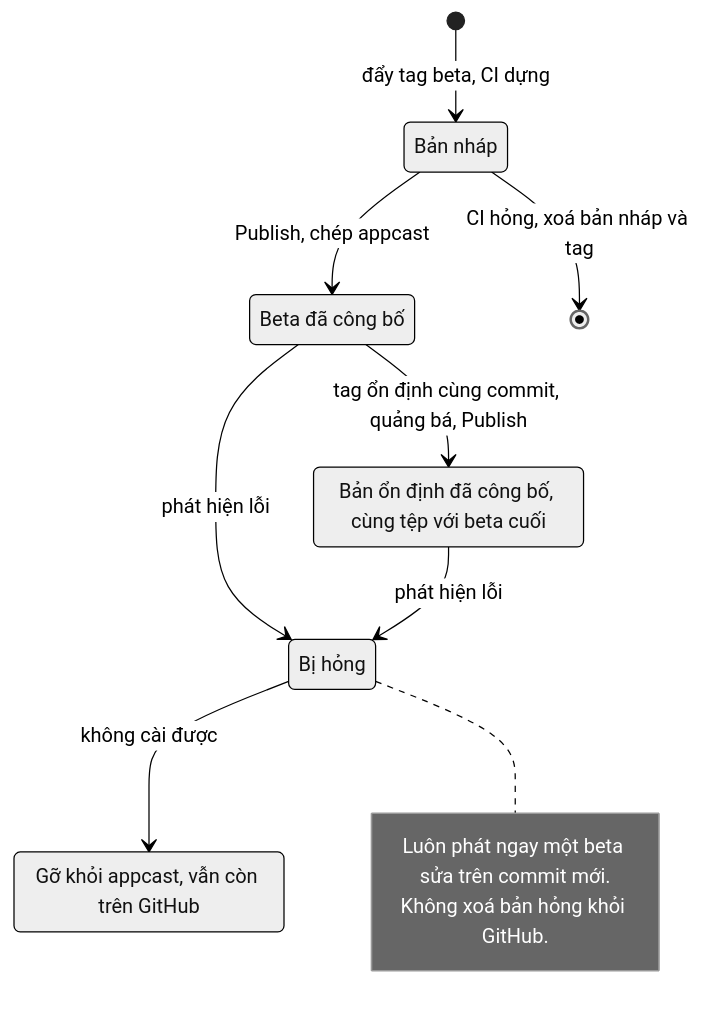
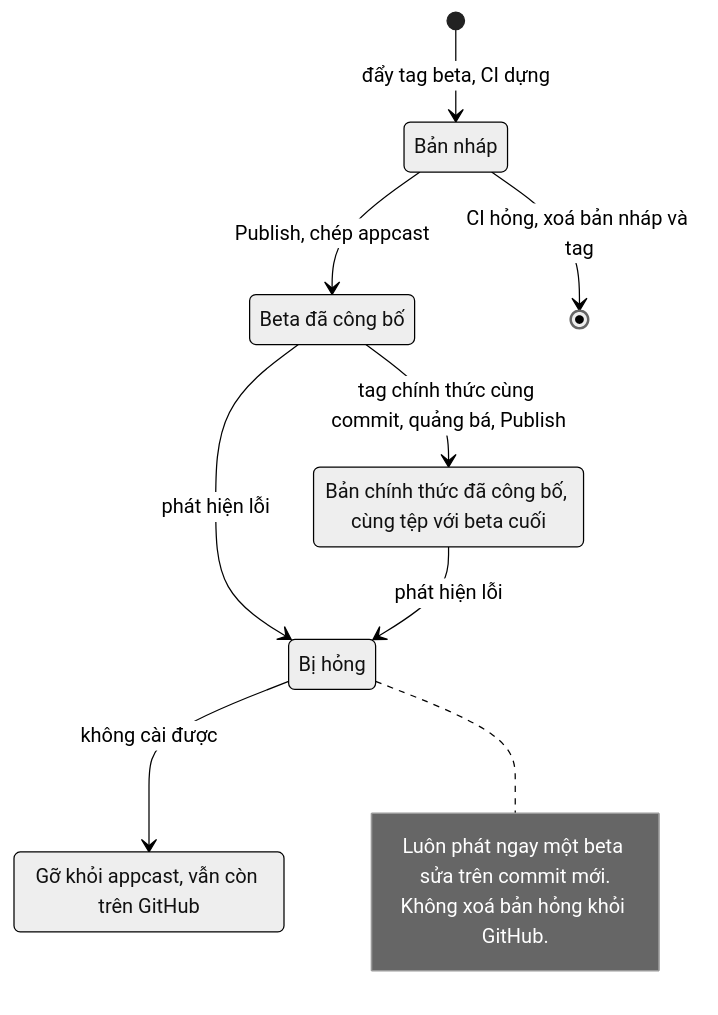
The second of 4 diagrams in docs/Releasing.md (codefastlabs/dau), drawn with Mermaid (neutral theme) before and after one commit. The commit also changed other lines of this file and 16 other files, not shown here.

````diff
--- a/docs/Releasing.md
+++ b/docs/Releasing.md
@@ -85,19 +110,19 @@
 ```mermaid
 stateDiagram-v2
   state "Bản nháp" as Nhap
   state "Beta đã công bố" as Beta
-  state "Bản ổn định đã công bố, cùng tệp với beta cuối" as OnDinh
+  state "Bản chính thức đã công bố, cùng tệp với beta cuối" as OnDinh
   state "Bị hỏng" as Hong
   state "Gỡ khỏi appcast, vẫn còn trên GitHub" as Go
   [*] --> Nhap: đẩy tag beta, CI dựng
   Nhap --> [*]: CI hỏng, xoá bản nháp và tag
   Nhap --> Beta: Publish, chép appcast
-  Beta --> OnDinh: tag ổn định cùng commit, quảng bá, Publish
+  Beta --> OnDinh: tag chính thức cùng commit, quảng bá, Publish
   Beta --> Hong: phát hiện lỗi
   OnDinh --> Hong: phát hiện lỗi
   Hong --> Go: không cài được
   note right of Hong
     Luôn phát ngay một beta sửa trên commit mới.
     Không xoá bản hỏng khỏi GitHub.
   end note
 ```
````
